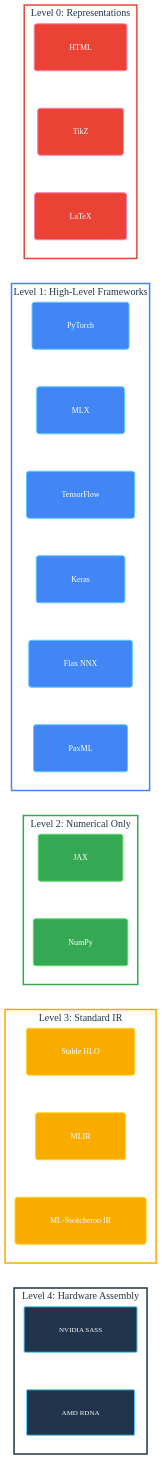
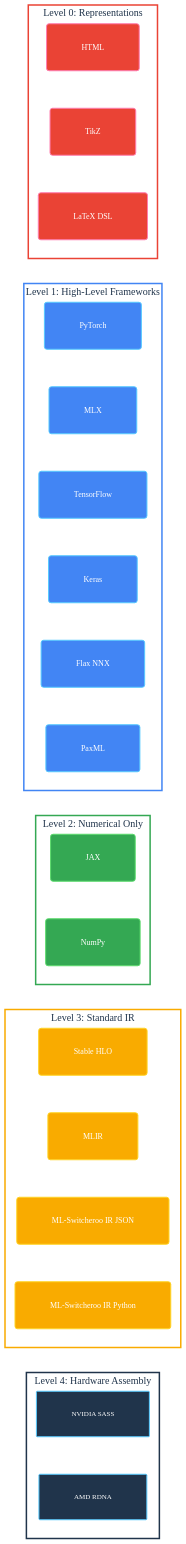
The first of 2 diagrams in README.md (SamuelMarks/ml-switcheroo), drawn with Mermaid before and after one commit. The commit also changed other lines of this file and 88 other files, not shown here.

````diff
--- a/README.md
+++ b/README.md
@@ -20,73 +20,73 @@
 ```mermaid
 %%{init: {'flowchart': {'rankSpacing': 50, 'nodeSpacing': 20, 'padding': 35}}}%%
 flowchart TD
 
 %% --- 1. Font & Node Styling ---
 
 %% Level 0: Red (Representations)
     classDef l0Node fill: #ea4335, stroke: #ff7daf, stroke-width: 2px, color: white, font-family: 'Google Sans Normal', font-size: 16px, rx: 5px, ry: 5px;
 
 %% Level 1: Blue (Frameworks)
     classDef l1Node fill: #4285f4, stroke: #57caff, stroke-width: 2px, color: white, font-family: 'Google Sans Normal', font-size: 16px, rx: 5px, ry: 5px;
 
 %% Level 2: Green (Numerical)
     classDef l2Node fill: #34a853, stroke: #5cdb6d, stroke-width: 2px, color: white, font-family: 'Google Sans Normal', font-size: 16px, rx: 5px, ry: 5px;
 
 %% Level 3: Yellow (Intermediate)
     classDef l3Node fill: #f9ab00, stroke: #ffd427, stroke-width: 2px, color: white, font-family: 'Google Sans Normal', font-size: 16px, rx: 5px, ry: 5px;
 
 %% Level 4: Navy (Hardware ASM) - Roboto Mono
     classDef asmNode fill: #20344b, stroke: #57caff, stroke-width: 2px, color: white, font-family: 'Roboto Mono Normal', font-size: 14px, rx: 2px, ry: 2px;
 
 %% --- 2. Subgraph Styling ---
     classDef containerL0 fill: white, stroke: #ea4335, stroke-width: 3px, color: #20344b, font-family: 'Google Sans Medium', font-size: 20px;
     classDef containerL1 fill: white, stroke: #4285f4, stroke-width: 3px, color: #20344b, font-family: 'Google Sans Medium', font-size: 20px;
     classDef containerL2 fill: white, stroke: #34a853, stroke-width: 3px, color: #20344b, font-family: 'Google Sans Medium', font-size: 20px;
     classDef containerL3 fill: white, stroke: #f9ab00, stroke-width: 3px, color: #20344b, font-family: 'Google Sans Medium', font-size: 20px;
     classDef containerHW fill: white, stroke: #20344b, stroke-width: 3px, color: #20344b, font-family: 'Google Sans Medium', font-size: 20px;
 
 %% --- 3. Diagram Structure ---
 
     subgraph L0 [Level 0: Representations]
         direction TB
-        HTML ~~~ TikZ ~~~ LaTeX
+        HTML ~~~ TikZ ~~~ LaTeX_DSL[LaTeX DSL]
     end
 
     subgraph L1 [Level 1: High-Level Frameworks]
         direction TB
         PyTorch ~~~ MLX ~~~ TensorFlow ~~~ Keras ~~~ FlaxNNX[Flax NNX] ~~~ PaxML
     end
 
     subgraph L2 [Level 2: Numerical Only]
         direction TB
         JAX ~~~ NumPy
     end
 
     subgraph L3 [Level 3: Standard IR]
         direction TB
-        StableHLO[Stable HLO] ~~~ MLIR ~~~ IR[ML-Switcheroo IR]
+        StableHLO[Stable HLO] ~~~ MLIR ~~~ IR_JSON[ML-Switcheroo IR JSON] ~~~ IR_Py[ML-Switcheroo IR Python]
     end
 
     subgraph LBottom [Level 4: Hardware Assembly]
         direction TB
         NVIDIA_SASS[NVIDIA SASS] ~~~ RDNA[AMD RDNA]
     end
 
 %% --- 4. Connections ---
     TikZ ~~~ TensorFlow
     TensorFlow ~~~ JAX
     JAX ~~~ StableHLO
     StableHLO ~~~ NVIDIA_SASS
 
 %% --- 5. Apply Styles ---
-    class HTML,TikZ,LaTeX l0Node;
+    class HTML,TikZ,LaTeX_DSL l0Node;
     class PyTorch,MLX,TensorFlow,Keras,FlaxNNX,PaxML l1Node;
     class JAX,NumPy l2Node;
-    class StableHLO,MLIR,IR l3Node;
+    class StableHLO,MLIR,IR_JSON,IR_Py l3Node;
     class NVIDIA_SASS,RDNA asmNode;
     class L0 containerL0;
     class L1 containerL1;
     class L2 containerL2;
     class L3 containerL3;
     class LBottom containerHW;
 ```
````
